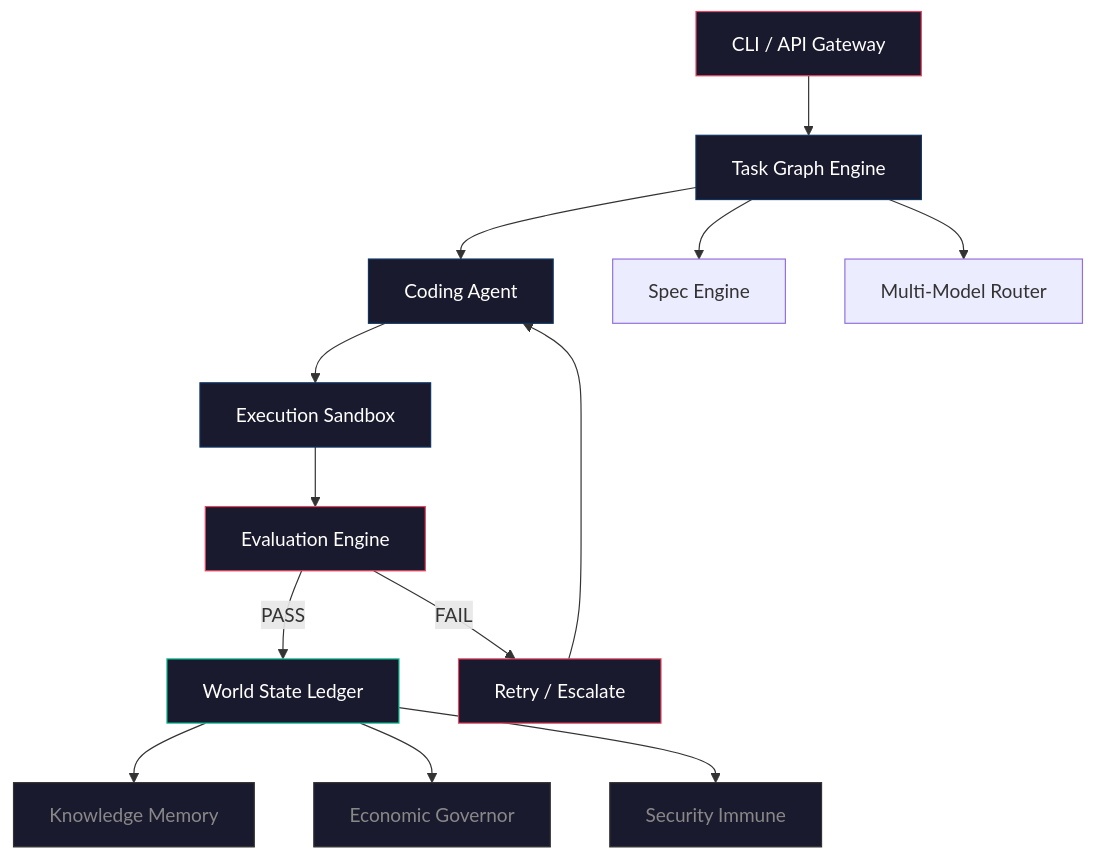
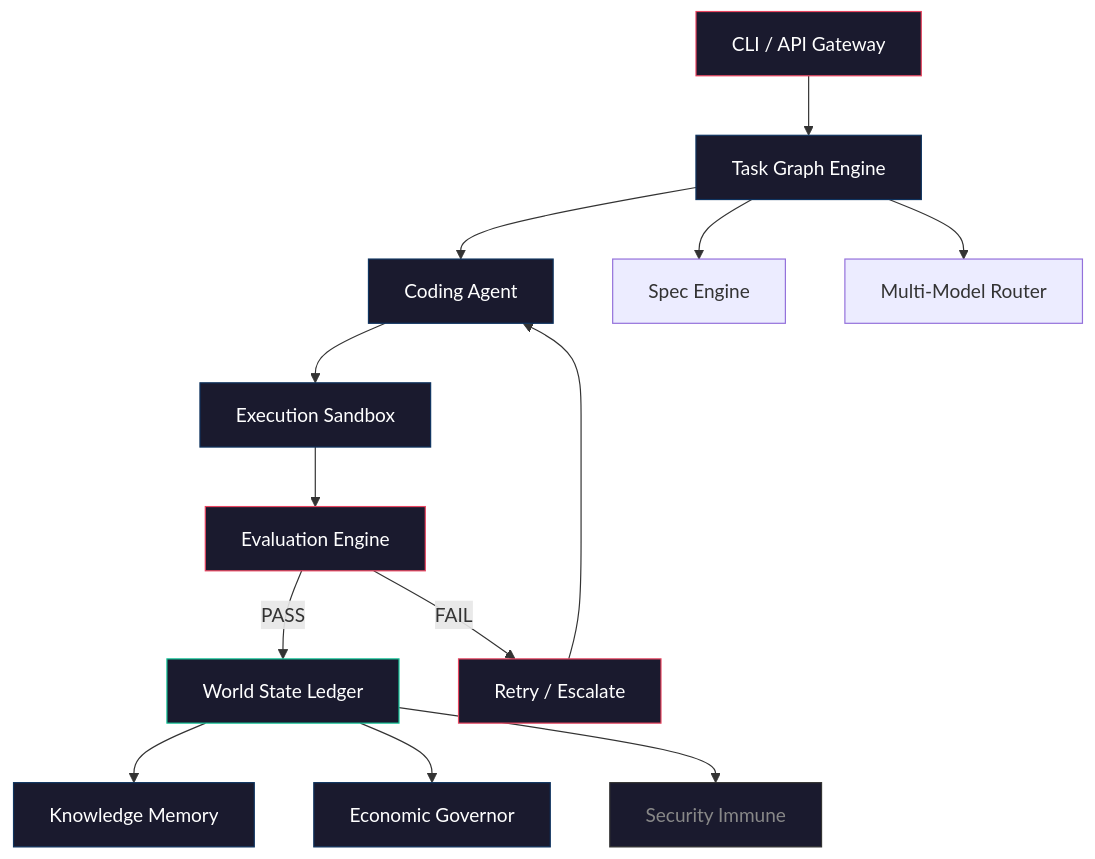
The diagram in README.md (saatvik333/architect), drawn with Mermaid before and after one commit. The commit also changed other lines of this file and 45 other files, not shown here.

````diff
--- a/README.md
+++ b/README.md
@@ -31,26 +31,26 @@
 ```mermaid
 graph TD
     A[CLI / API Gateway] --> B[Task Graph Engine]
     B --> C[Coding Agent]
     B --> D[Spec Engine]
     B --> E[Multi-Model Router]
     C --> F[Execution Sandbox]
     F --> G[Evaluation Engine]
     G -->|PASS| H[World State Ledger]
     G -->|FAIL| I[Retry / Escalate]
     I --> C
     H --> J[Knowledge Memory]
     H --> K[Economic Governor]
     H --> L[Security Immune]
 
     style A fill:#1a1a2e,stroke:#e94560,color:#fff
     style B fill:#1a1a2e,stroke:#0f3460,color:#fff
     style C fill:#1a1a2e,stroke:#0f3460,color:#fff
     style F fill:#1a1a2e,stroke:#0f3460,color:#fff
     style G fill:#1a1a2e,stroke:#e94560,color:#fff
     style H fill:#1a1a2e,stroke:#16c79a,color:#fff
     style I fill:#1a1a2e,stroke:#e94560,color:#fff
-    style J fill:#1a1a2e,stroke:#333,color:#888
-    style K fill:#1a1a2e,stroke:#333,color:#888
+    style J fill:#1a1a2e,stroke:#0f3460,color:#fff
+    style K fill:#1a1a2e,stroke:#0f3460,color:#fff
     style L fill:#1a1a2e,stroke:#333,color:#888
 ```
````
